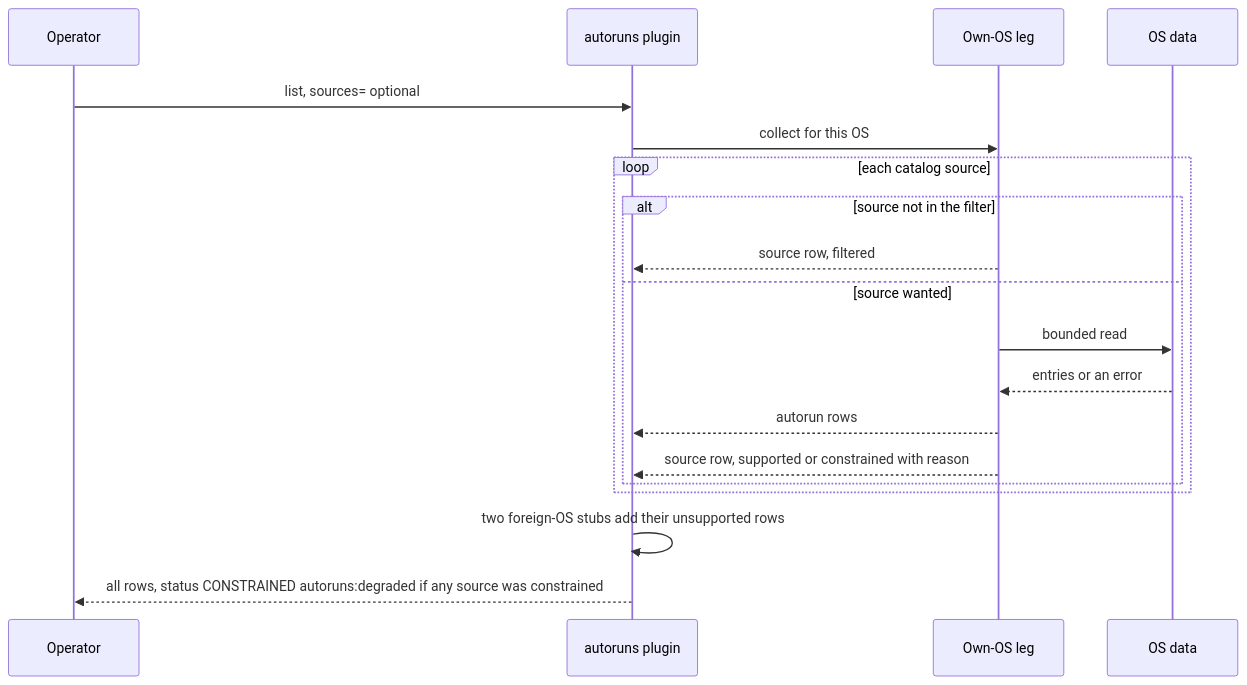
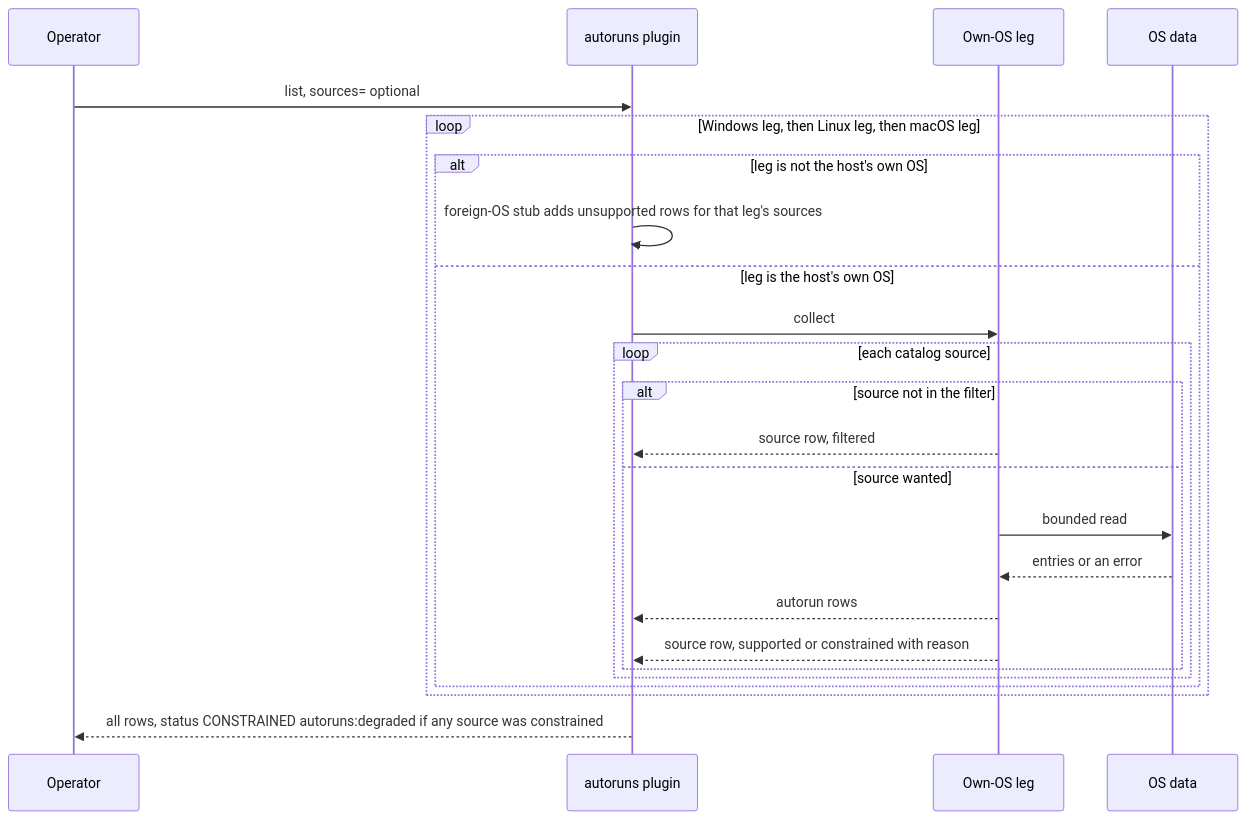
The second of 3 diagrams in agents/plugins/autoruns/README.md (DevNullLtd/Yuzu), drawn with Mermaid before and after one commit. The commit also changed other lines of this file and 69 other files, not shown here.

````diff
--- a/agents/plugins/autoruns/README.md
+++ b/agents/plugins/autoruns/README.md
@@ -76,21 +76,26 @@
 ```mermaid
 sequenceDiagram
   participant Op as Operator
   participant Pl as autoruns plugin
   participant Leg as Own-OS leg
   participant Os as OS data
   Op->>Pl: list, sources= optional
-  Pl->>Leg: collect for this OS
-  loop each catalog source
-    alt source not in the filter
-      Leg-->>Pl: source row, filtered
-    else source wanted
-      Leg->>Os: bounded read
-      Os-->>Leg: entries or an error
-      Leg-->>Pl: autorun rows
-      Leg-->>Pl: source row, supported or constrained with reason
+  loop Windows leg, then Linux leg, then macOS leg
+    alt leg is not the host's own OS
+      Pl->>Pl: foreign-OS stub adds unsupported rows for that leg's sources
+    else leg is the host's own OS
+      Pl->>Leg: collect
+      loop each catalog source
+        alt source not in the filter
+          Leg-->>Pl: source row, filtered
+        else source wanted
+          Leg->>Os: bounded read
+          Os-->>Leg: entries or an error
+          Leg-->>Pl: autorun rows
+          Leg-->>Pl: source row, supported or constrained with reason
+        end
+      end
     end
   end
-  Pl->>Pl: two foreign-OS stubs add their unsupported rows
   Pl-->>Op: all rows, status CONSTRAINED autoruns:degraded if any source was constrained
 ```
````
